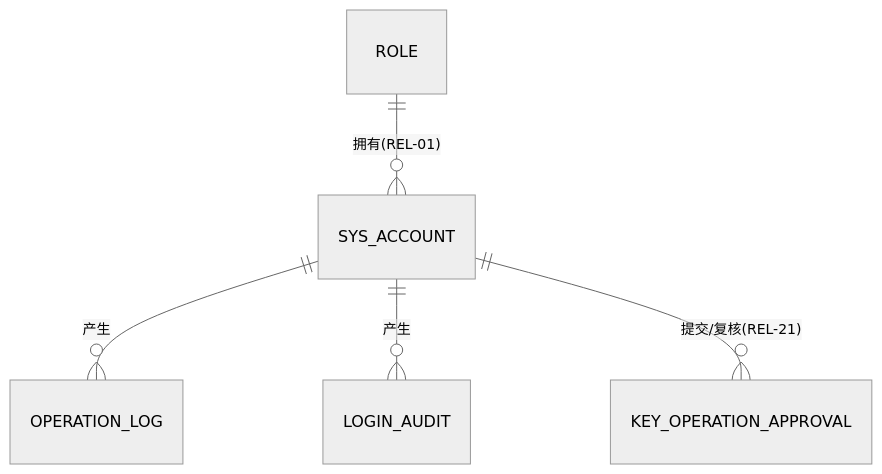
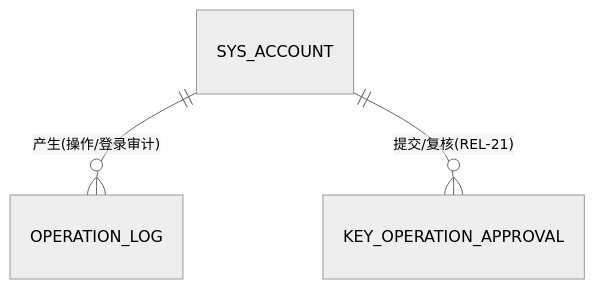
One commit to yjxHli/AI-Practical-Project changed the first of 4 diagrams in db-design.md. Above: the diagram before and after it, drawn with Mermaid (neutral theme). The commit also changed other lines of this file and 1 other file, not shown here.

````diff
--- a/db-design.md
+++ b/db-design.md
@@ -119,7 +119,5 @@
 ```mermaid
 erDiagram
-    ROLE ||--o{ SYS_ACCOUNT : "拥有(REL-01)"
-    SYS_ACCOUNT ||--o{ OPERATION_LOG : "产生"
-    SYS_ACCOUNT ||--o{ LOGIN_AUDIT : "产生"
+    SYS_ACCOUNT ||--o{ OPERATION_LOG : "产生(操作/登录审计)"
     SYS_ACCOUNT ||--o{ KEY_OPERATION_APPROVAL : "提交/复核(REL-21)"
 ```
````
